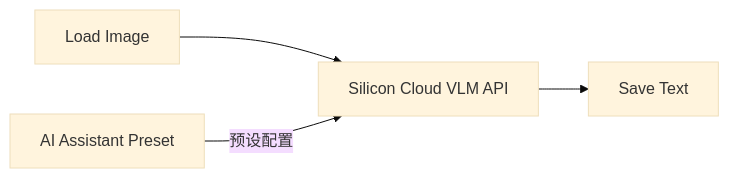
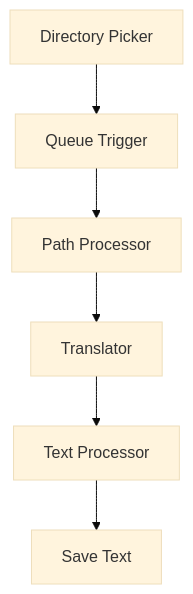
Before and after one commit to axunrun/Axun_Nodes: the second of 6 diagrams in README.md, drawn with Mermaid (base theme). The commit also changed other lines of this file and 7 other files, not shown here.

Commit message:
feat: 新增文本处理节点和计数功能 1. 新增 text_processor 节点，支持文本拼接和计数 2. 优化 README 文档结构和内容 3. 更新 .gitignore 配置 4. 改进预设节点功能

````diff
--- a/README.md
+++ b/README.md
@@ -447,6 +193,8 @@
 ```mermaid
-graph LR
-    A[Load Image] --> B[Silicon Cloud VLM API]
-    C[AI Assistant Preset] --> |预设配置| B
-    B --> D[Save Text]
+graph TD
+    A[Directory Picker] --> B[Queue Trigger]
+    B --> C[Path Processor]
+    C --> D[Translator]
+    D --> E[Text Processor]
+    E --> F[Save Text]
 ```
````
